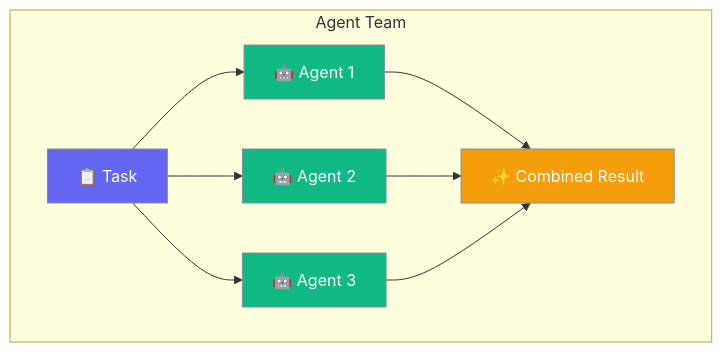
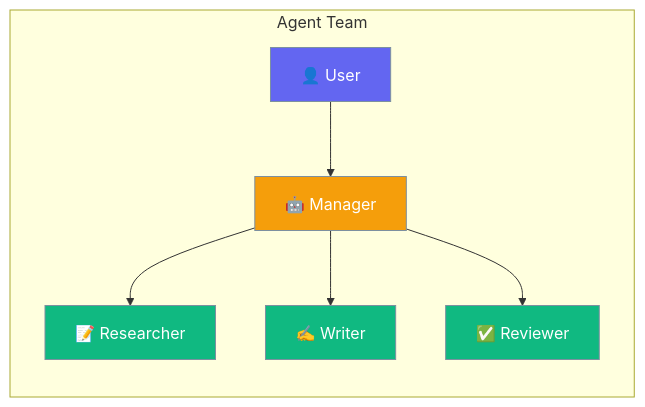
Before and after one commit to MervinPraison/PraisonAIDocs: the first of 2 diagrams in docs/js/teams.mdx, drawn with Mermaid. The commit also changed other lines of this file and 30 other files, not shown here.

````diff
--- a/docs/js/teams.mdx
+++ b/docs/js/teams.mdx
@@ -10,19 +10,17 @@
 ```mermaid
-graph TB
+graph LR
     subgraph "Agent Team"
-        A[📋 Task] --> B[🤖 Agent 1]
-        A --> C[🤖 Agent 2]
-        A --> D[🤖 Agent 3]
-        B --> E[✨ Combined Result]
-        C --> E
-        D --> E
+        A[👤 User] --> B[🤖 Manager]
+        B --> C[📝 Researcher]
+        B --> D[✍️ Writer]
+        B --> E[✅ Reviewer]
     end
     
-    classDef task fill:#6366F1,stroke:#7C90A0,color:#fff
-    classDef agent fill:#10B981,stroke:#7C90A0,color:#fff
-    classDef result fill:#F59E0B,stroke:#7C90A0,color:#fff
+    classDef user fill:#6366F1,stroke:#7C90A0,color:#fff
+    classDef manager fill:#F59E0B,stroke:#7C90A0,color:#fff
+    classDef worker fill:#10B981,stroke:#7C90A0,color:#fff
     
-    class A task
-    class B,C,D agent
-    class E result
+    class A user
+    class B manager
+    class C,D,E worker
 ```
````
